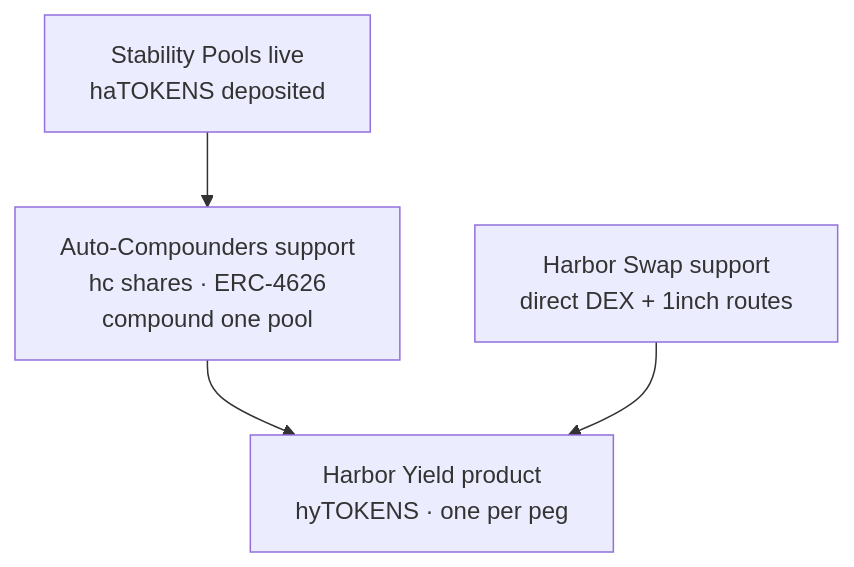
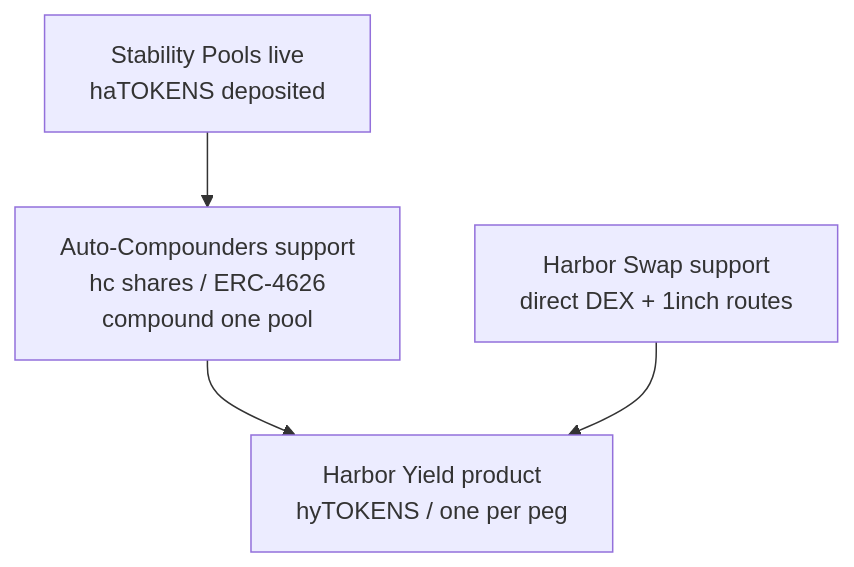
The diagram in docs/harbor-yield.md (baofinance/harbor-docs), drawn with Mermaid before and after one commit. The commit also changed other lines of this file and 1 other file, not shown here.

First line of the commit message:
fix(docs): valid Harbor Yield diagram SVG and show Mermaid

````diff
--- a/docs/harbor-yield.md
+++ b/docs/harbor-yield.md
@@ -28,9 +25,9 @@
 ```mermaid
 flowchart TD
   L0["Stability Pools live<br/>haTOKENS deposited"]
-  AC["Auto-Compounders support<br/>hc shares · ERC-4626<br/>compound one pool"]
+  AC["Auto-Compounders support<br/>hc shares / ERC-4626<br/>compound one pool"]
   Swap["Harbor Swap support<br/>direct DEX + 1inch routes"]
-  HY["Harbor Yield product<br/>hyTOKENS · one per peg"]
+  HY["Harbor Yield product<br/>hyTOKENS / one per peg"]
   L0 --> AC --> HY
   Swap --> HY
 ```
````
